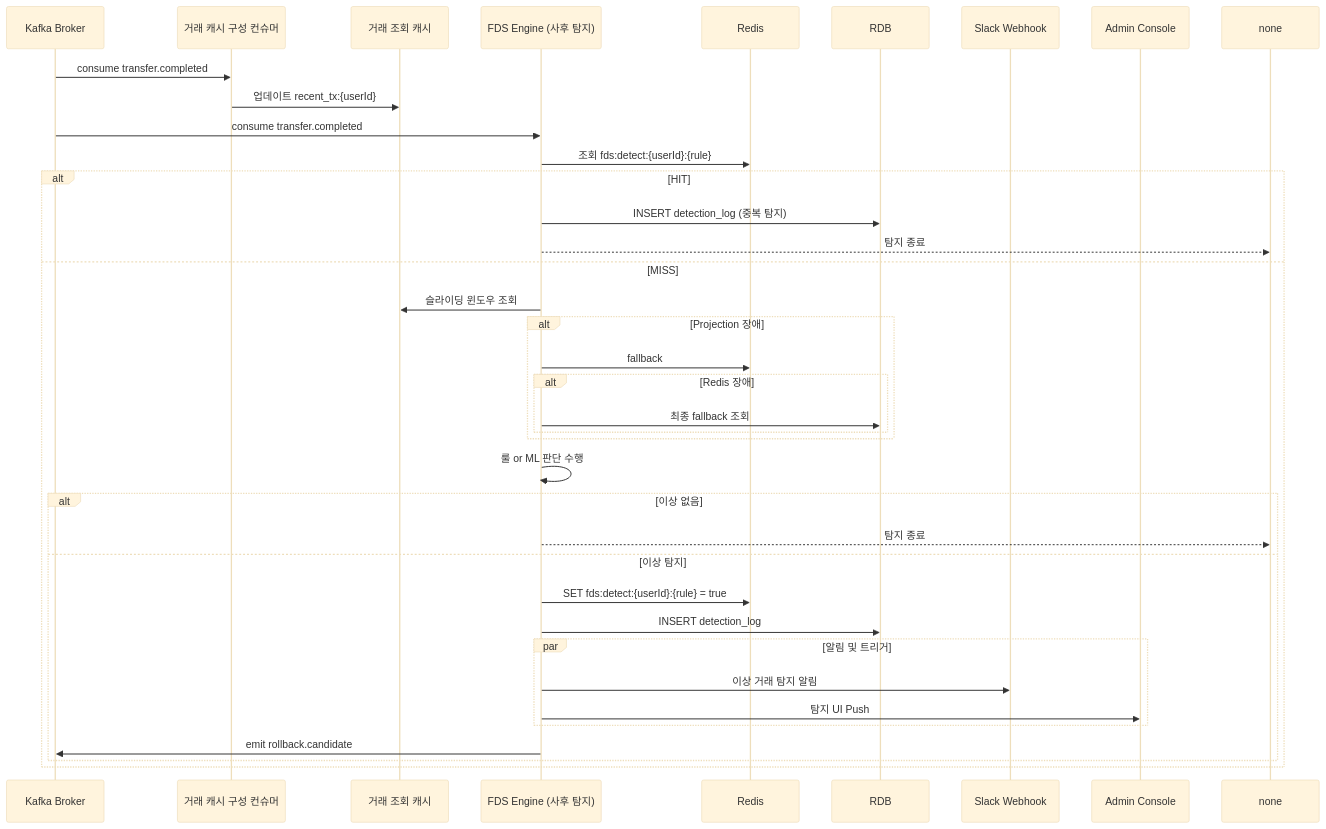
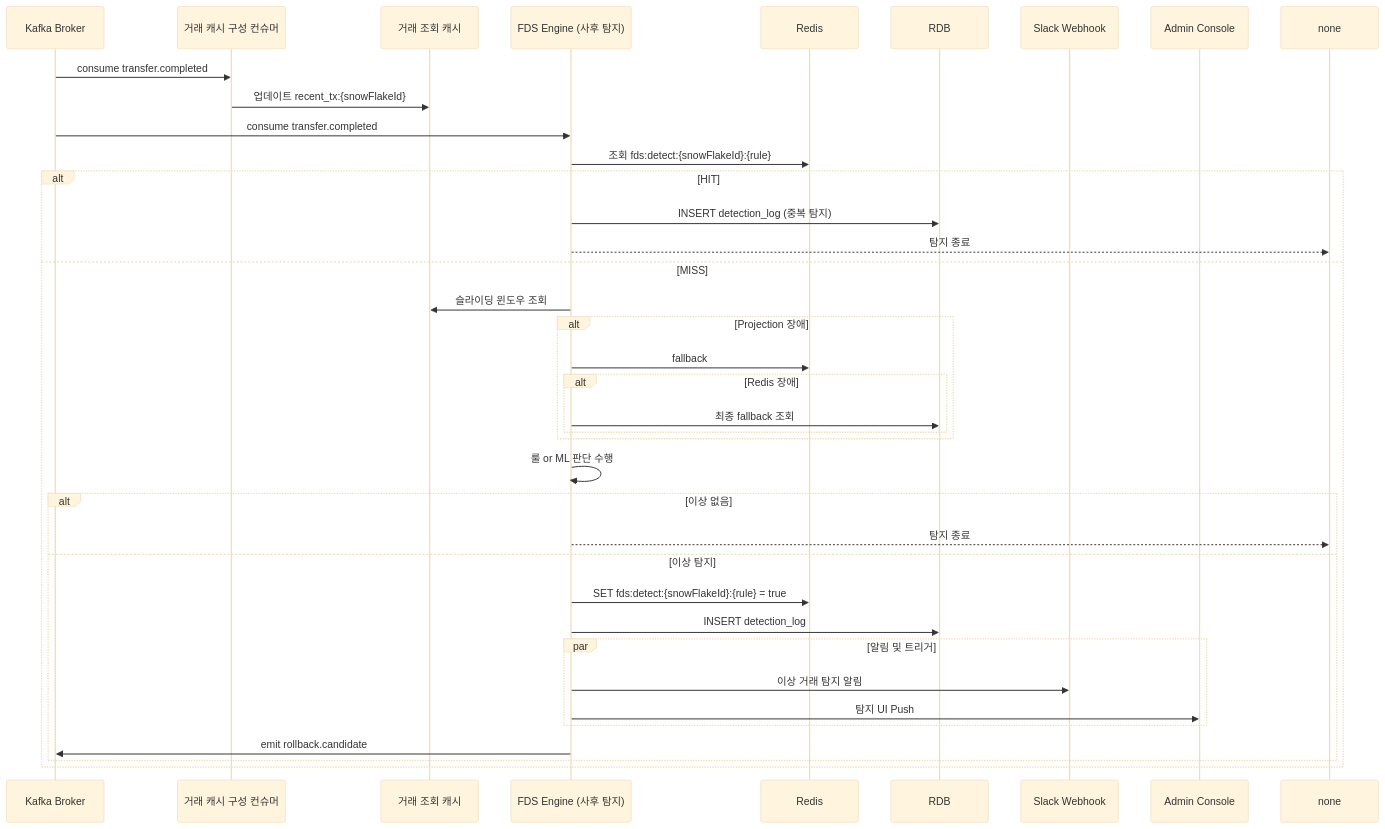
Before and after one commit to hyungkishin/FDS-System: the fourth of 7 diagrams in GUIDE.md, drawn with Mermaid (base theme). The commit also changed other lines of this file and 28 other files, not shown here.

````diff
--- a/GUIDE.md
+++ b/GUIDE.md
@@ -95,41 +95,41 @@
 ```mermaid
 sequenceDiagram
     participant Kafka as Kafka Broker
     participant TxProjector as 거래 캐시 구성 컨슈머
     participant Projection as 거래 조회 캐시
     participant FDS as FDS Engine (사후 탐지)
     participant Redis as Redis
     participant RDB as RDB
     participant Slack as Slack Webhook
     participant Admin as Admin Console
 
     Kafka->>TxProjector: consume transfer.completed
-    TxProjector->>Projection: 업데이트 recent_tx:{userId}
+    TxProjector->>Projection: 업데이트 recent_tx:{snowFlakeId}
 
     Kafka->>FDS: consume transfer.completed
-    FDS->>Redis: 조회 fds:detect:{userId}:{rule}
+    FDS->>Redis: 조회 fds:detect:{snowFlakeId}:{rule}
     alt HIT
         FDS->>RDB: INSERT detection_log (중복 탐지)
         FDS-->>none: 탐지 종료
     else MISS
         FDS->>Projection: 슬라이딩 윈도우 조회
         alt Projection 장애
             FDS->>Redis: fallback
             alt Redis 장애
                 FDS->>RDB: 최종 fallback 조회
             end
         end
         FDS->>FDS: 룰 or ML 판단 수행
         alt 이상 없음
             FDS-->>none: 탐지 종료
         else 이상 탐지
-            FDS->>Redis: SET fds:detect:{userId}:{rule} = true
+            FDS->>Redis: SET fds:detect:{snowFlakeId}:{rule} = true
             FDS->>RDB: INSERT detection_log
             par 알림 및 트리거
                 FDS->>Slack: 이상 거래 탐지 알림
                 FDS->>Admin: 탐지 UI Push
             end
             FDS->>Kafka: emit rollback.candidate
         end
     end
 ```
````
